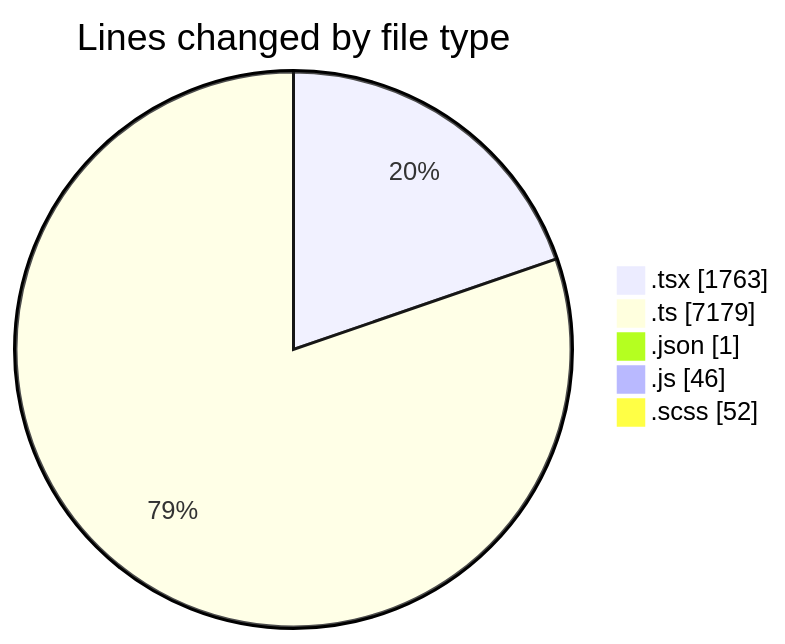
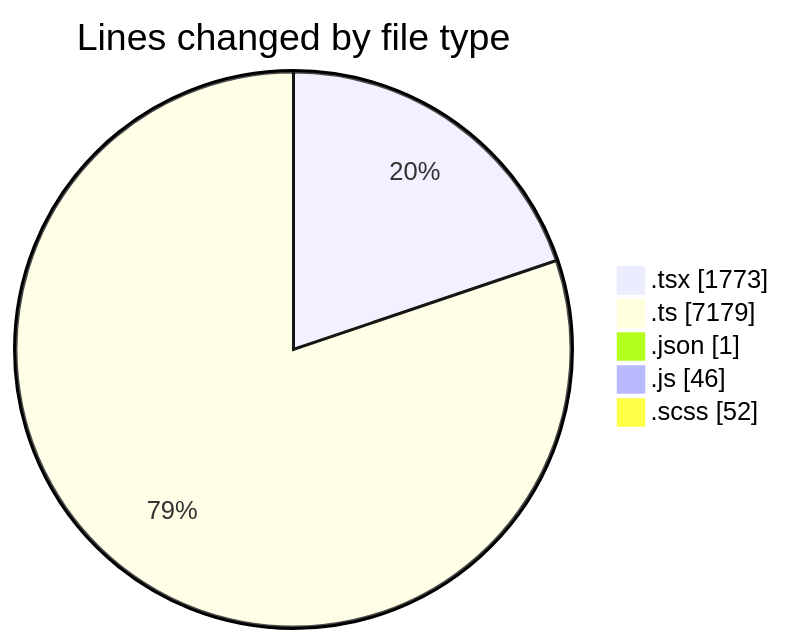
Before and after one commit to momahboobian/code-tracking: the first of 2 diagrams in 2026-09-17/cda/README.md, drawn with Mermaid. The commit also changed other lines of this file and 1 other file, not shown here.

````diff
--- a/2026-09-17/cda/README.md
+++ b/2026-09-17/cda/README.md
@@ -42,9 +42,9 @@
 ```mermaid
 pie showData
 title Lines changed by file type
-".tsx" : 1763
+".tsx" : 1773
 ".ts" : 7179
 ".json" : 1
 ".js" : 46
 ".scss" : 52
 ```
````
